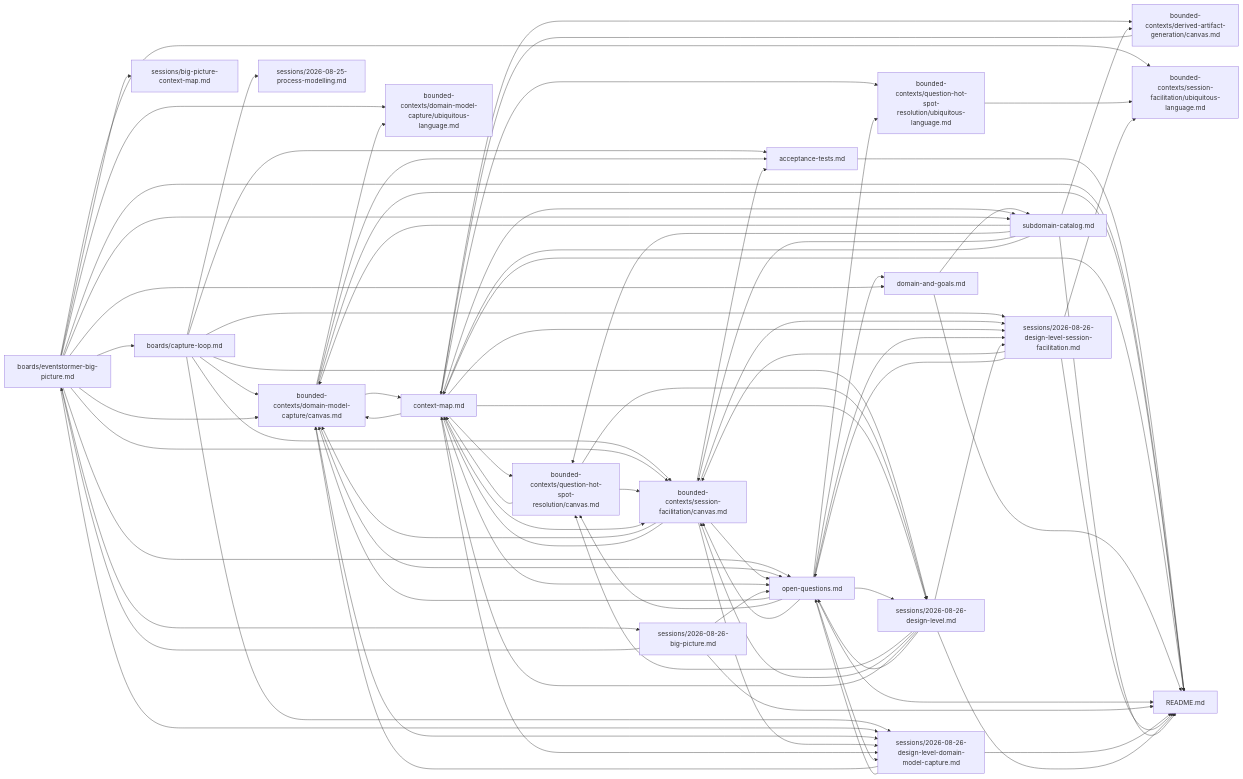
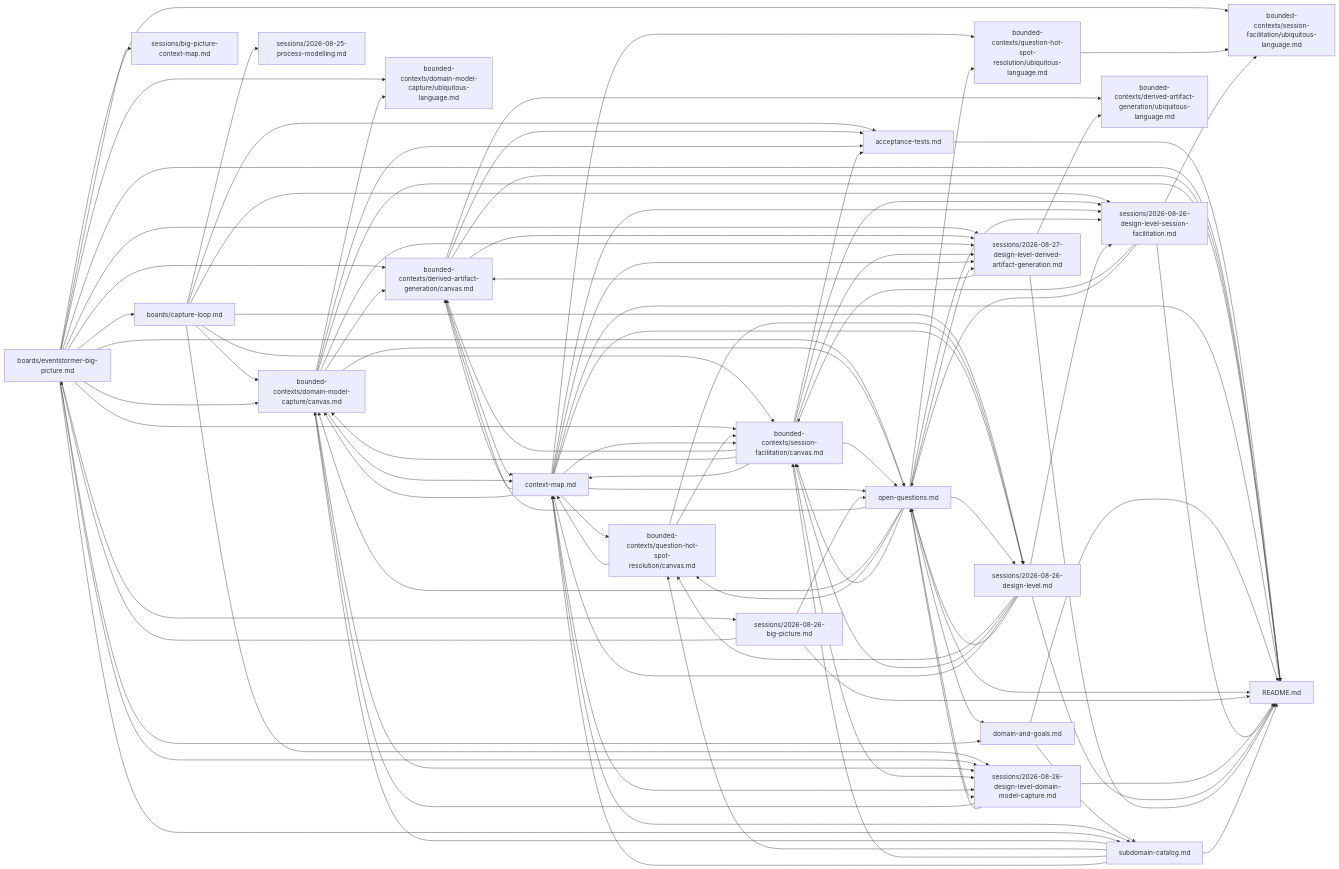
The diagram in docs/domain/README.md (vinialbano/eventstormer), drawn with Mermaid before and after one commit. The commit also changed other lines of this file and 6 other files, not shown here.

First line of the commit message:
docs: design-level EventStorming on Derived Artifact Generation

```diff
--- a/docs/domain/README.md
+++ b/docs/domain/README.md
@@ -239,6 +268,7 @@
 graph LR
   acceptance_tests_md["acceptance-tests.md"] --> README_md["README.md"]
   boards_eventstormer_big_picture_md["boards/eventstormer-big-picture.md"] --> README_md["README.md"]
+  bounded_contexts_derived_artifact_generation_canvas_md["bounded-contexts/derived-artifact-generation/canvas.md"] --> README_md["README.md"]
   bounded_contexts_domain_model_capture_canvas_md["bounded-contexts/domain-model-capture/canvas.md"] --> README_md["README.md"]
   context_map_md["context-map.md"] --> README_md["README.md"]
   domain_and_goals_md["domain-and-goals.md"] --> README_md["README.md"]
@@ -247,14 +277,22 @@
   sessions_2026_08_26_design_level_domain_model_capture_md["sessions/2026-08-26-design-level-domain-model-capture.md"] --> README_md["README.md"]
   sessions_2026_08_26_design_level_session_facilitation_md["sessions/2026-08-26-design-level-session-facilitation.md"] --> README_md["README.md"]
   sessions_2026_08_26_design_level_md["sessions/2026-08-26-design-level.md"] --> README_md["README.md"]
+  sessions_2026_08_27_design_level_derived_artifact_generation_md["sessions/2026-08-27-design-level-derived-artifact-generation.md"] --> README_md["README.md"]
   subdomain_catalog_md["subdomain-catalog.md"] --> README_md["README.md"]
   boards_capture_loop_md["boards/capture-loop.md"] --> acceptance_tests_md["acceptance-tests.md"]
+  bounded_contexts_derived_artifact_generation_canvas_md["bounded-contexts/derived-artifact-generation/canvas.md"] --> acceptance_tests_md["acceptance-tests.md"]
   bounded_contexts_domain_model_capture_canvas_md["bounded-contexts/domain-model-capture/canvas.md"] --> acceptance_tests_md["acceptance-tests.md"]
   bounded_contexts_session_facilitation_canvas_md["bounded-contexts/session-facilitation/canvas.md"] --> acceptance_tests_md["acceptance-tests.md"]
   boards_eventstormer_big_picture_md["boards/eventstormer-big-picture.md"] --> boards_capture_loop_md["boards/capture-loop.md"]
   sessions_2026_08_26_big_picture_md["sessions/2026-08-26-big-picture.md"] --> boards_eventstormer_big_picture_md["boards/eventstormer-big-picture.md"]
+  boards_eventstormer_big_picture_md["boards/eventstormer-big-picture.md"] --> bounded_contexts_derived_artifact_generation_canvas_md["bounded-contexts/derived-artifact-generation/canvas.md"]
+  bounded_contexts_domain_model_capture_canvas_md["bounded-contexts/domain-model-capture/canvas.md"] --> bounded_contexts_derived_artifact_generation_canvas_md["bounded-contexts/derived-artifact-generation/canvas.md"]
+  bounded_contexts_session_facilitation_canvas_md["bounded-contexts/session-facilitation/canvas.md"] --> bounded_contexts_derived_artifact_generation_canvas_md["bounded-contexts/derived-artifact-generation/canvas.md"]
   context_map_md["context-map.md"] --> bounded_contexts_derived_artifact_generation_canvas_md["bounded-contexts/derived-artifact-generation/canvas.md"]
-  subdomain_catalog_md["subdomain-catalog.md"] --> bounded_contexts_derived_artifact_generation_canvas_md["bounded-contexts/derived-artifact-generation/canvas.md"]
+  open_questions_md["open-questions.md"] --> bounded_contexts_derived_artifact_generation_canvas_md["bounded-contexts/derived-artifact-generation/canvas.md"]
+  sessions_2026_08_27_design_level_derived_artifact_generation_md["sessions/2026-08-27-design-level-derived-artifact-generation.md"] --> bounded_contexts_derived_artifact_generation_canvas_md["bounded-contexts/derived-artifact-generation/canvas.md"]
+  bounded_contexts_derived_artifact_generation_canvas_md["bounded-contexts/derived-artifact-generation/canvas.md"] --> bounded_contexts_derived_artifact_generation_ubiquitous_language_md["bounded-contexts/derived-artifact-generation/ubiquitous-language.md"]
+  sessions_2026_08_27_design_level_derived_artifact_generation_md["sessions/2026-08-27-design-level-derived-artifact-generation.md"] --> bounded_contexts_derived_artifact_generation_ubiquitous_language_md["bounded-contexts/derived-artifact-generation/ubiquitous-language.md"]
   boards_capture_loop_md["boards/capture-loop.md"] --> bounded_contexts_domain_model_capture_canvas_md["bounded-contexts/domain-model-capture/canvas.md"]
   boards_eventstormer_big_picture_md["boards/eventstormer-big-picture.md"] --> bounded_contexts_domain_model_capture_canvas_md["bounded-contexts/domain-model-capture/canvas.md"]
   bounded_contexts_session_facilitation_canvas_md["bounded-contexts/session-facilitation/canvas.md"] --> bounded_contexts_domain_model_capture_canvas_md["bounded-contexts/domain-model-capture/canvas.md"]
@@ -314,6 +352,12 @@
   bounded_contexts_question_hot_spot_resolution_canvas_md["bounded-contexts/question-hot-spot-resolution/canvas.md"] --> sessions_2026_08_26_design_level_md["sessions/2026-08-26-design-level.md"]
   context_map_md["context-map.md"] --> sessions_2026_08_26_design_level_md["sessions/2026-08-26-design-level.md"]
   open_questions_md["open-questions.md"] --> sessions_2026_08_26_design_level_md["sessions/2026-08-26-design-level.md"]
+  boards_eventstormer_big_picture_md["boards/eventstormer-big-picture.md"] --> sessions_2026_08_27_design_level_derived_artifact_generation_md["sessions/2026-08-27-design-level-derived-artifact-generation.md"]
+  bounded_contexts_derived_artifact_generation_canvas_md["bounded-contexts/derived-artifact-generation/canvas.md"] --> sessions_2026_08_27_design_level_derived_artifact_generation_md["sessions/2026-08-27-design-level-derived-artifact-generation.md"]
+  bounded_contexts_domain_model_capture_canvas_md["bounded-contexts/domain-model-capture/canvas.md"] --> sessions_2026_08_27_design_level_derived_artifact_generation_md["sessions/2026-08-27-design-level-derived-artifact-generation.md"]
+  bounded_contexts_session_facilitation_canvas_md["bounded-contexts/session-facilitation/canvas.md"] --> sessions_2026_08_27_design_level_derived_artifact_generation_md["sessions/2026-08-27-design-level-derived-artifact-generation.md"]
+  context_map_md["context-map.md"] --> sessions_2026_08_27_design_level_derived_artifact_generation_md["sessions/2026-08-27-design-level-derived-artifact-generation.md"]
+  open_questions_md["open-questions.md"] --> sessions_2026_08_27_design_level_derived_artifact_generation_md["sessions/2026-08-27-design-level-derived-artifact-generation.md"]
   boards_eventstormer_big_picture_md["boards/eventstormer-big-picture.md"] --> sessions_big_picture_context_map_md["sessions/big-picture-context-map.md"]
   domain_and_goals_md["domain-and-goals.md"] --> subdomain_catalog_md["subdomain-catalog.md"]
   context_map_md["context-map.md"] --> subdomain_catalog_md["subdomain-catalog.md"]
```
